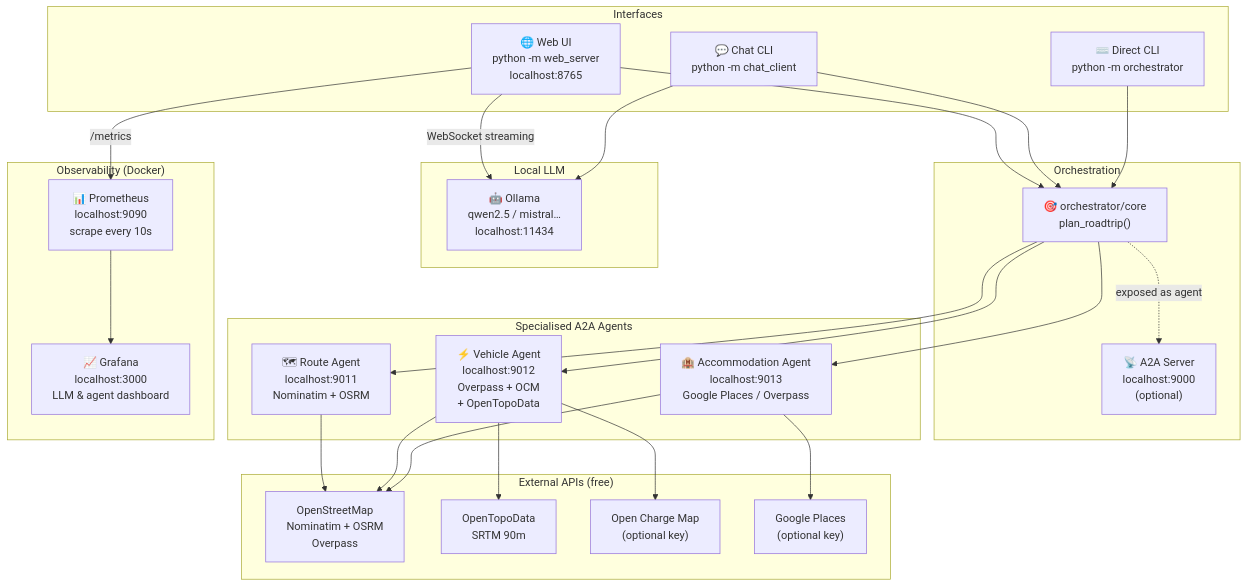
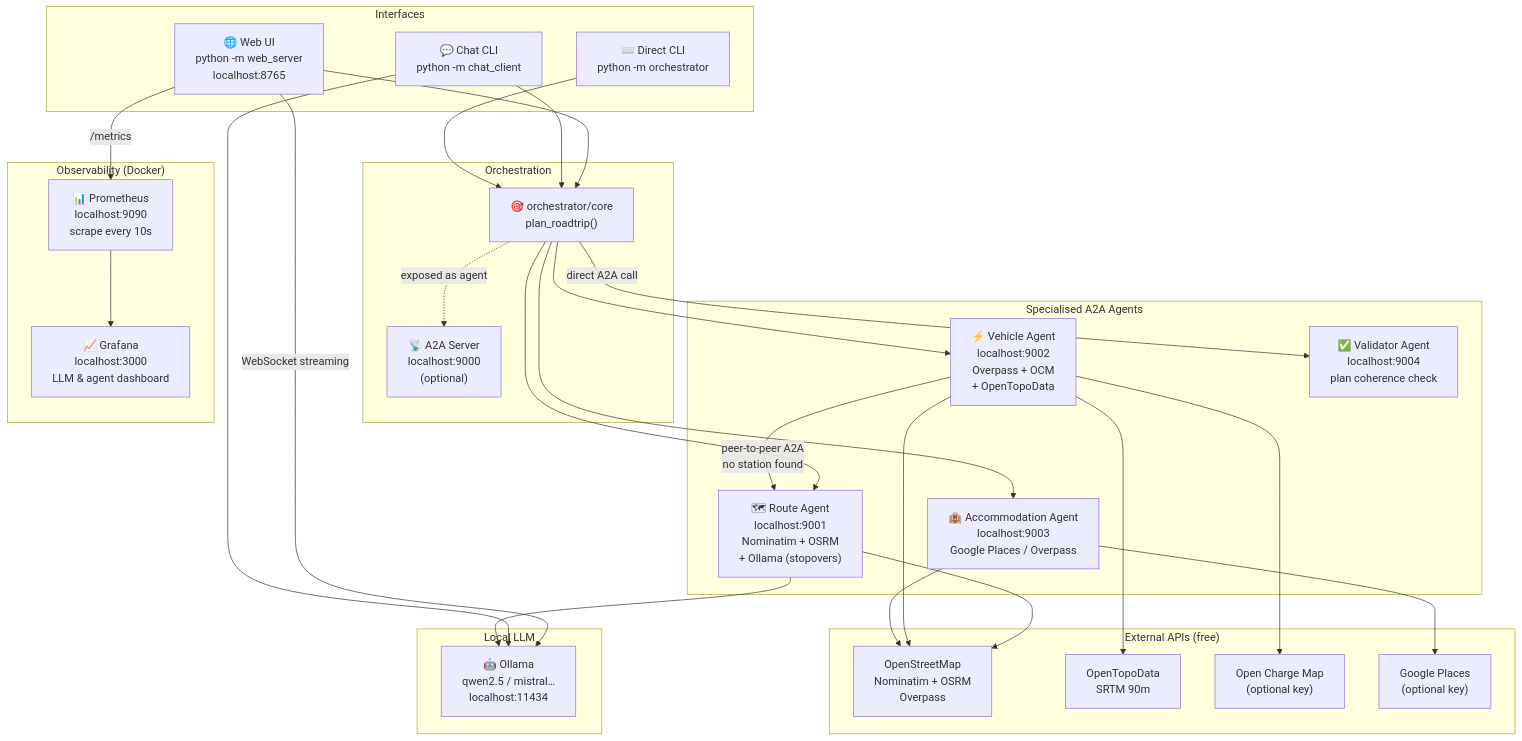
The first of 3 diagrams in README.md (frldj/roadtrip-agent-a2a), drawn with Mermaid before and after one commit. The commit also changed other lines of this file and 13 other files, not shown here.

````diff
--- a/README.md
+++ b/README.md
@@ -37,53 +42,57 @@
 ```mermaid
 graph TB
     subgraph Interfaces
         WEB["🌐 Web UI\npython -m web_server\nlocalhost:8765"]
         CLI["💬 Chat CLI\npython -m chat_client"]
         DIRECT["⌨️ Direct CLI\npython -m orchestrator"]
     end
 
     subgraph LLM["Local LLM"]
         OLLAMA["🤖 Ollama\nqwen2.5 / mistral…\nlocalhost:11434"]
     end
 
     subgraph Orchestration
         ORCH["🎯 orchestrator/core\nplan_roadtrip()"]
         SERVER["📡 A2A Server\nlocalhost:9000\n(optional)"]
     end
 
     subgraph Agents["Specialised A2A Agents"]
-        ROUTE["🗺 Route Agent\nlocalhost:9011\nNominatim + OSRM"]
-        VEHICLE["⚡ Vehicle Agent\nlocalhost:9012\nOverpass + OCM\n+ OpenTopoData"]
-        ACCOM["🏨 Accommodation Agent\nlocalhost:9013\nGoogle Places / Overpass"]
+        ROUTE["🗺 Route Agent\nlocalhost:9001\nNominatim + OSRM\n+ Ollama (stopovers)"]
+        VEHICLE["⚡ Vehicle Agent\nlocalhost:9002\nOverpass + OCM\n+ OpenTopoData"]
+        ACCOM["🏨 Accommodation Agent\nlocalhost:9003\nGoogle Places / Overpass"]
+        VALID["✅ Validator Agent\nlocalhost:9004\nplan coherence check"]
     end
 
     subgraph APIs["External APIs (free)"]
         OSM["OpenStreetMap\nNominatim + OSRM\nOverpass"]
         TOPO["OpenTopoData\nSRTM 90m"]
         OCM["Open Charge Map\n(optional key)"]
         GPLACES["Google Places\n(optional key)"]
     end
 
     subgraph Monitoring["Observability (Docker)"]
         PROM["📊 Prometheus\nlocalhost:9090\nscrape every 10s"]
         GRAFANA["📈 Grafana\nlocalhost:3000\nLLM & agent dashboard"]
     end
 
     WEB -->|WebSocket streaming| OLLAMA
     CLI --> OLLAMA
     WEB --> ORCH
     CLI --> ORCH
     DIRECT --> ORCH
     ORCH --> ROUTE
     ORCH --> VEHICLE
     ORCH --> ACCOM
+    ORCH -->|direct A2A call| VALID
     ORCH -.->|exposed as agent| SERVER
+    VEHICLE -->|peer-to-peer A2A\nno station found| ROUTE
     ROUTE --> OSM
+    ROUTE --> OLLAMA
     VEHICLE --> OSM
     VEHICLE --> TOPO
     VEHICLE --> OCM
     ACCOM --> GPLACES
     ACCOM --> OSM
     WEB -->|/metrics| PROM
     PROM --> GRAFANA
 ```
````
